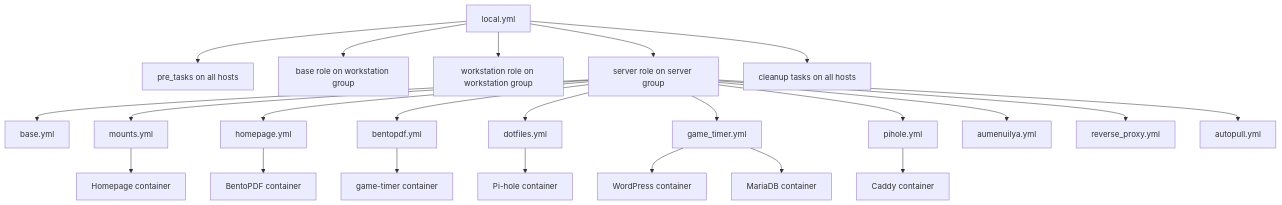
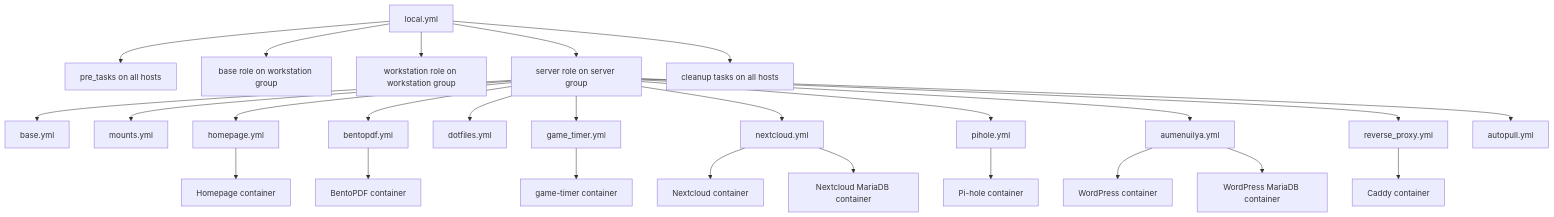
Before and after one commit to djspatule/ansible-autoconfig: the diagram in ARCHITECTURE.md, drawn with Mermaid. The commit also changed other lines of this file and 5 other files, not shown here.

````diff
--- a/ARCHITECTURE.md
+++ b/ARCHITECTURE.md
@@ -12,27 +12,30 @@
 ```mermaid
 flowchart TD
     A[local.yml] --> B[pre_tasks on all hosts]
     A --> C[base role on workstation group]
     A --> D[workstation role on workstation group]
     A --> E[server role on server group]
     A --> F[cleanup tasks on all hosts]
 
     E --> E1[base.yml]
     E --> E2[mounts.yml]
     E --> E3[homepage.yml]
     E --> E4[bentopdf.yml]
     E --> E5[dotfiles.yml]
     E --> E6[game_timer.yml]
-    E --> E7[pihole.yml]
-    E --> E8[aumenuilya.yml]
-    E --> E9[reverse_proxy.yml]
-    E --> E10[autopull.yml]
+    E --> E7[nextcloud.yml]
+    E --> E8[pihole.yml]
+    E --> E9[aumenuilya.yml]
+    E --> E10[reverse_proxy.yml]
+    E --> E11[autopull.yml]
 
-    E7 --> G[Caddy container]
-    E2 --> H[Homepage container]
-    E3 --> I[BentoPDF container]
-    E4 --> J[game-timer container]
-    E5 --> K[Pi-hole container]
-    E6 --> L[WordPress container]
-    E6 --> M[MariaDB container]
+    E10 --> G[Caddy container]
+    E3 --> H[Homepage container]
+    E4 --> I[BentoPDF container]
+    E6 --> J[game-timer container]
+    E7 --> K[Nextcloud container]
+    E7 --> L[Nextcloud MariaDB container]
+    E8 --> M[Pi-hole container]
+    E9 --> N[WordPress container]
+    E9 --> O[WordPress MariaDB container]
 ```
````
